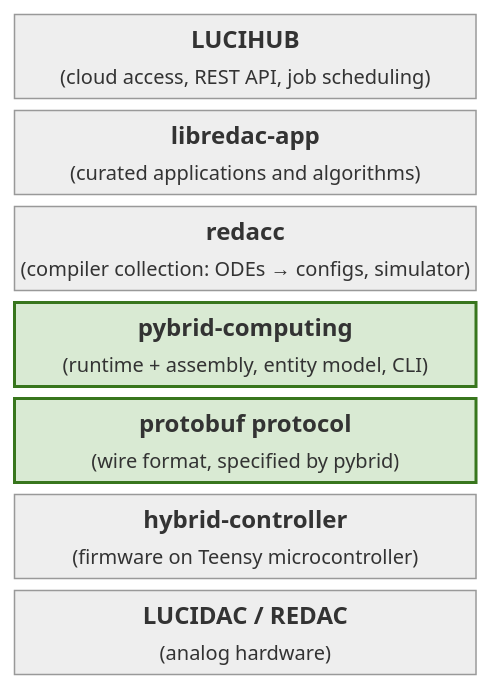
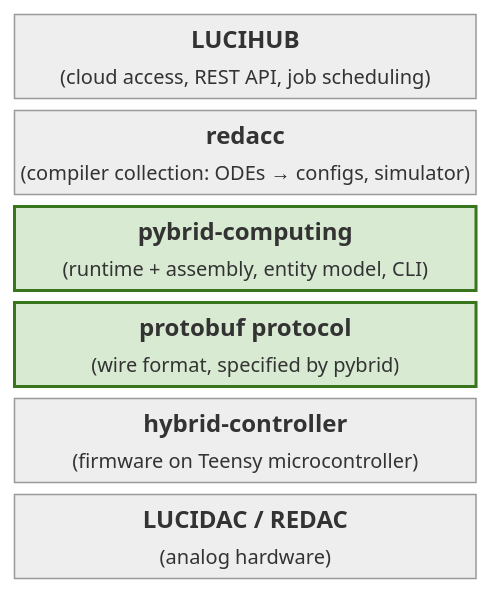
The first of 2 diagrams in docs/overview/place-in-the-software-stack.md (anabrid/pybrid-computing), drawn with Mermaid (neutral theme) before and after one commit. The commit also changed other lines of this file and 19 other files, not shown here.

````diff
--- a/docs/overview/place-in-the-software-stack.md
+++ b/docs/overview/place-in-the-software-stack.md
@@ -13,14 +18,13 @@
 ```mermaid
 block-beta
     columns 1
     L6["<b>LUCIHUB</b><br/><small>(cloud access, REST API, job scheduling)</small>"]
-    L5["<b>libredac-app</b><br/><small>(curated applications and algorithms)</small>"]
     L4["<b>redacc</b><br/><small>(compiler collection: ODEs → configs, simulator)</small>"]
     L3["<b>pybrid-computing</b><br/><small>(runtime + assembly, entity model, CLI)</small>"]
     L2["<b>protobuf protocol</b><br/><small>(wire format, specified by pybrid)</small>"]
     L1["<b>hybrid-controller</b><br/><small>(firmware on Teensy microcontroller)</small>"]
     L0["<b>LUCIDAC / REDAC</b><br/><small>(analog hardware)</small>"]
 
     style L3 fill:#d9ead3,stroke:#38761d,stroke-width:2px
     style L2 fill:#d9ead3,stroke:#38761d,stroke-width:2px
 ```
````
